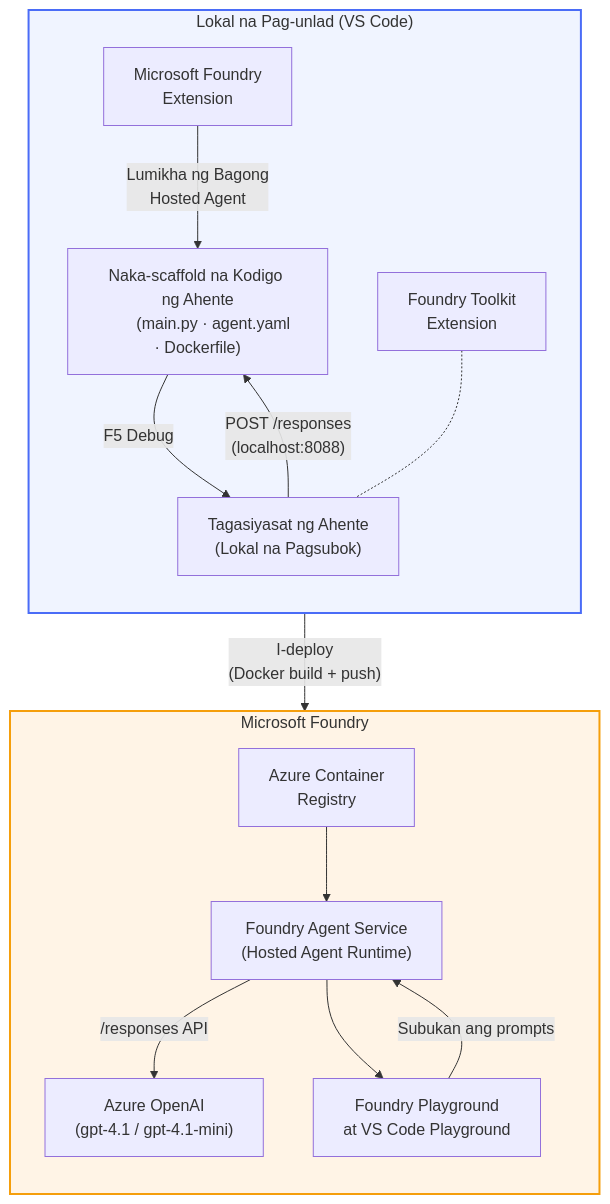
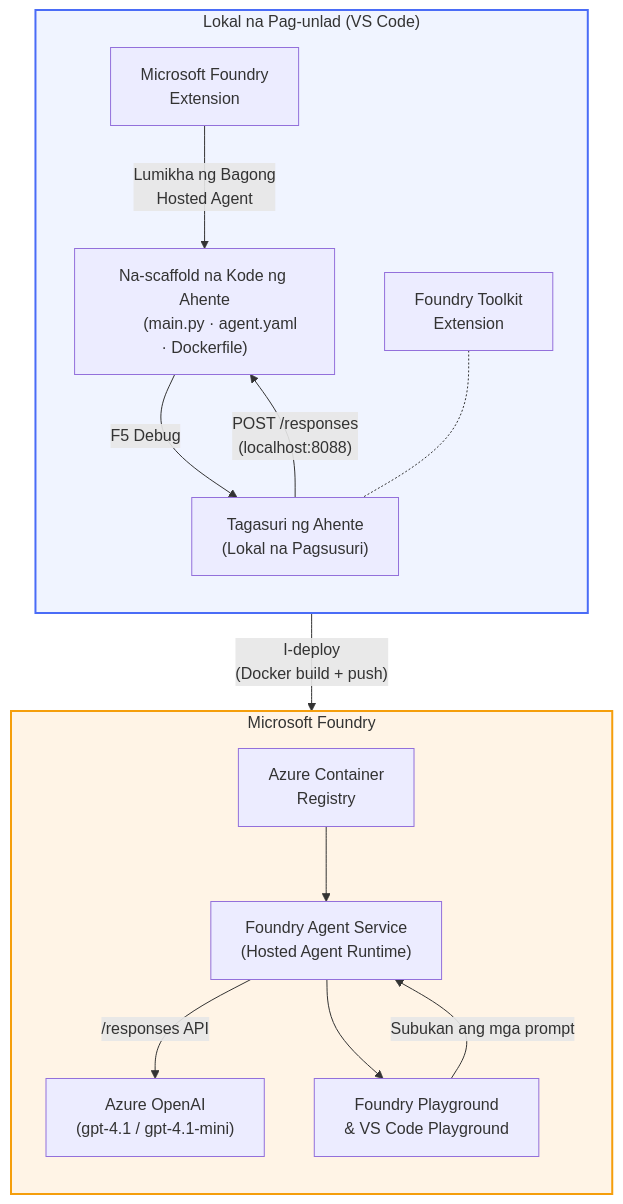
One commit to microsoft-foundry/Foundry_Toolkit_for_VSCode_Lab changed the diagram in translations/tl/README.md. Above: the diagram before and after it, drawn with Mermaid. The commit also changed other lines of this file and 110 other files, not shown here.

````diff
--- a/translations/tl/README.md
+++ b/translations/tl/README.md
@@ -48,42 +52,42 @@
 ```mermaid
 flowchart TB
     subgraph Local["Lokal na Pag-unlad (VS Code)"]
         direction TB
         FE["Microsoft Foundry
         Extension"]
         FoundryToolkit["Foundry Toolkit
         Extension"]
-        Scaffold["Naka-scaffold na Kodigo ng Ahente
+        Scaffold["Na-scaffold na Kode ng Ahente
         (main.py · agent.yaml · Dockerfile)"]
-        Inspector["Tagasiyasat ng Ahente
-        (Lokal na Pagsubok)"]
+        Inspector["Tagasuri ng Ahente
+        (Lokal na Pagsusuri)"]
         FE -- "Lumikha ng Bagong
         Hosted Agent" --> Scaffold
         Scaffold -- "F5 Debug" --> Inspector
         FoundryToolkit -.- Inspector
     end
 
     subgraph Cloud["Microsoft Foundry"]
         direction TB
         ACR["Azure Container
         Registry"]
         AgentService["Foundry Agent Service
         (Hosted Agent Runtime)"]
         Model["Azure OpenAI
         (gpt-4.1 / gpt-4.1-mini)"]
         Playground["Foundry Playground
-        at VS Code Playground"]
+        & VS Code Playground"]
         ACR --> AgentService
         AgentService -- "/responses API" --> Model
         AgentService --> Playground
     end
 
     Scaffold -- "I-deploy
     (Docker build + push)" --> ACR
     Inspector -- "POST /responses
     (localhost:8088)" --> Scaffold
-    Playground -- "Subukan ang prompts" --> AgentService
+    Playground -- "Subukan ang mga prompt" --> AgentService
 
     style Local fill:#f0f4ff,stroke:#4a6cf7,stroke-width:2px
     style Cloud fill:#fff4e6,stroke:#f59e0b,stroke-width:2px
 ```
````
